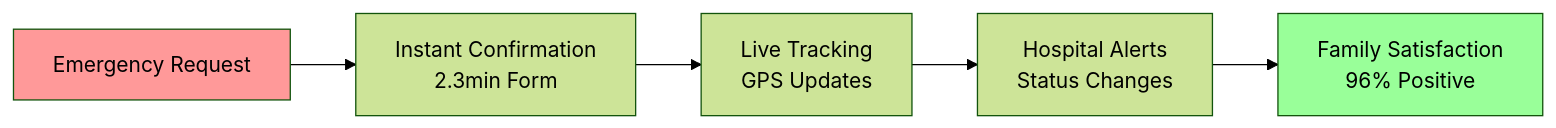
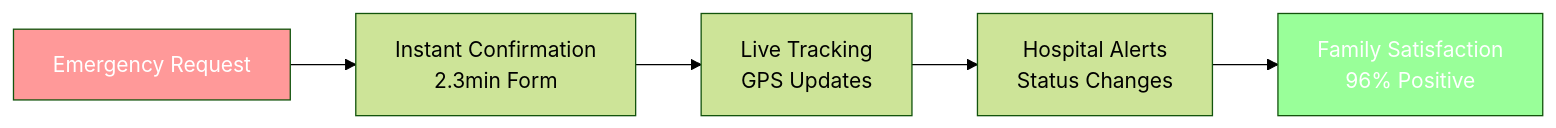
Before and after one commit to anuj123upadhyay/llgca_agent: the eighth of 9 diagrams in README.md, drawn with Mermaid (forest theme). The commit also changed other lines of this file and 1 other file, not shown here.

````diff
--- a/README.md
+++ b/README.md
@@ -584,10 +619,10 @@
 ```mermaid
 graph LR
     A[Emergency Request] --> B[Instant Confirmation<br/>2.3min Form]
     B --> C[Live Tracking<br/>GPS Updates]
     C --> D[Hospital Alerts<br/>Status Changes]
     D --> E[Family Satisfaction<br/>96% Positive]
 
-    style A fill:#ff9999
-    style E fill:#99ff99
+    style A fill:#ff9999,color:#fff
+    style E fill:#99ff99,color:#fff
 ```
````
